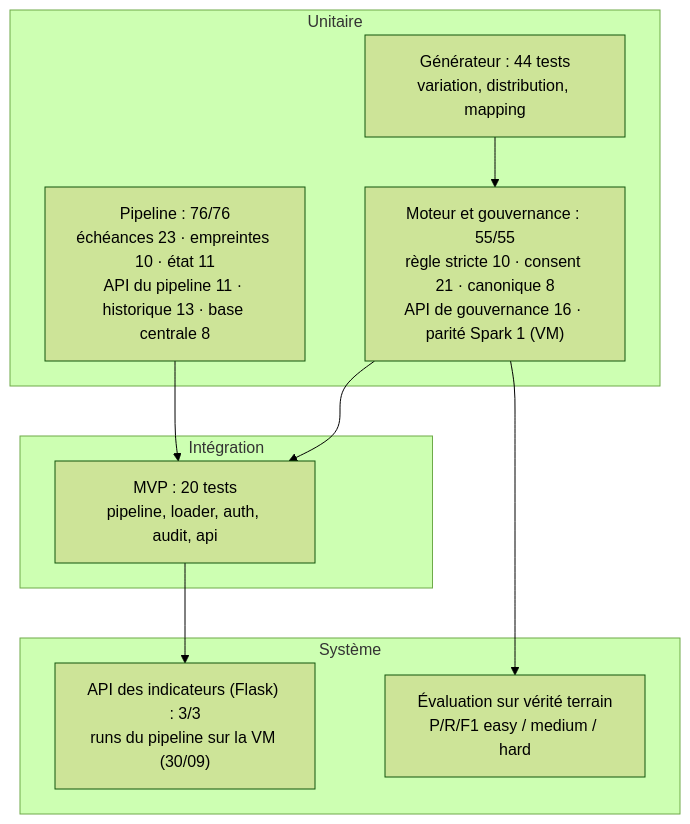
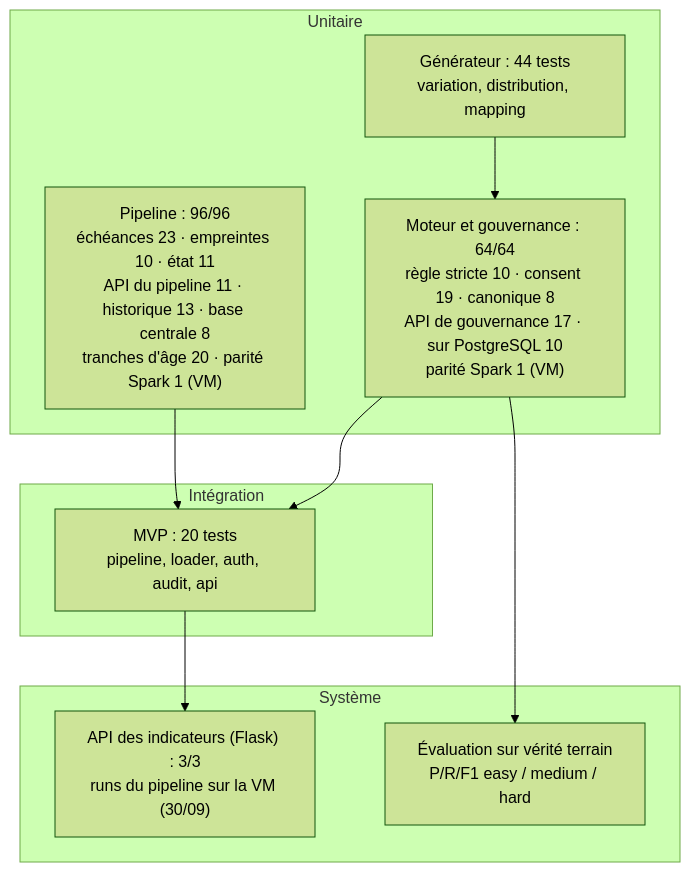
The diagram in chapters/08-tests.md (Alphamanjaka/test-big-data), drawn with Mermaid (forest theme) before and after one commit. The commit also changed other lines of this file and 16 other files, not shown here.

````diff
--- a/chapters/08-tests.md
+++ b/chapters/08-tests.md
@@ -8,18 +8,18 @@
 ```mermaid
 flowchart TD
     subgraph Unitaire
         G["Générateur : 44 tests<br/>variation, distribution, mapping"]
-        E["Moteur et gouvernance : 55/55<br/>règle stricte 10 · consent 21 · canonique 8<br/>API de gouvernance 16 · parité Spark 1 (VM)"]
-        P["Pipeline : 76/76<br/>échéances 23 · empreintes 10 · état 11<br/>API du pipeline 11 · historique 13 · base centrale 8"]
+        E["Moteur et gouvernance : 64/64<br/>règle stricte 10 · consent 19 · canonique 8<br/>API de gouvernance 17 · sur PostgreSQL 10<br/>parité Spark 1 (VM)"]
+        P["Pipeline : 96/96<br/>échéances 23 · empreintes 10 · état 11<br/>API du pipeline 11 · historique 13 · base centrale 8<br/>tranches d'âge 20 · parité Spark 1 (VM)"]
     end
     subgraph Intégration
         MVP["MVP : 20 tests<br/>pipeline, loader, auth, audit, api"]
     end
     subgraph Système
         API["API des indicateurs (Flask) : 3/3<br/>runs du pipeline sur la VM (30/09)"]
         EVAL["Évaluation sur vérité terrain<br/>P/R/F1 easy / medium / hard"]
     end
     G --> E --> MVP --> API
     P --> MVP
     E --> EVAL
 ```
````
